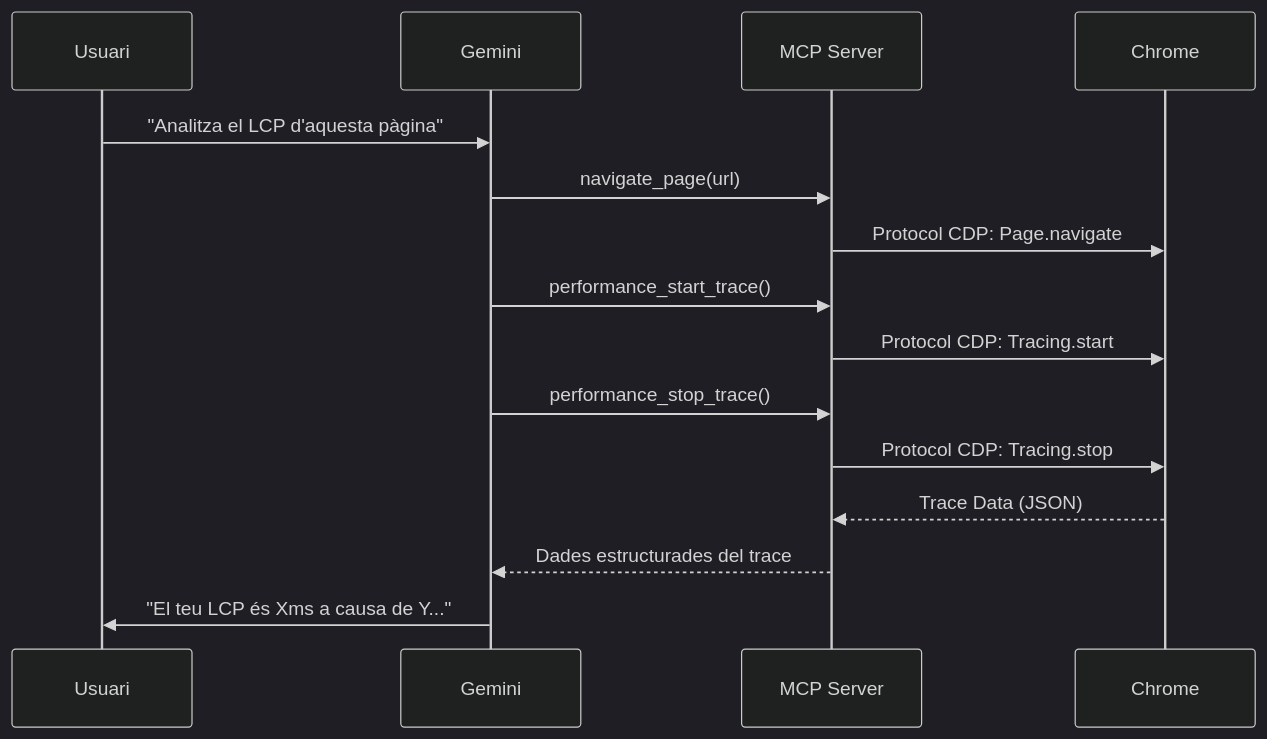
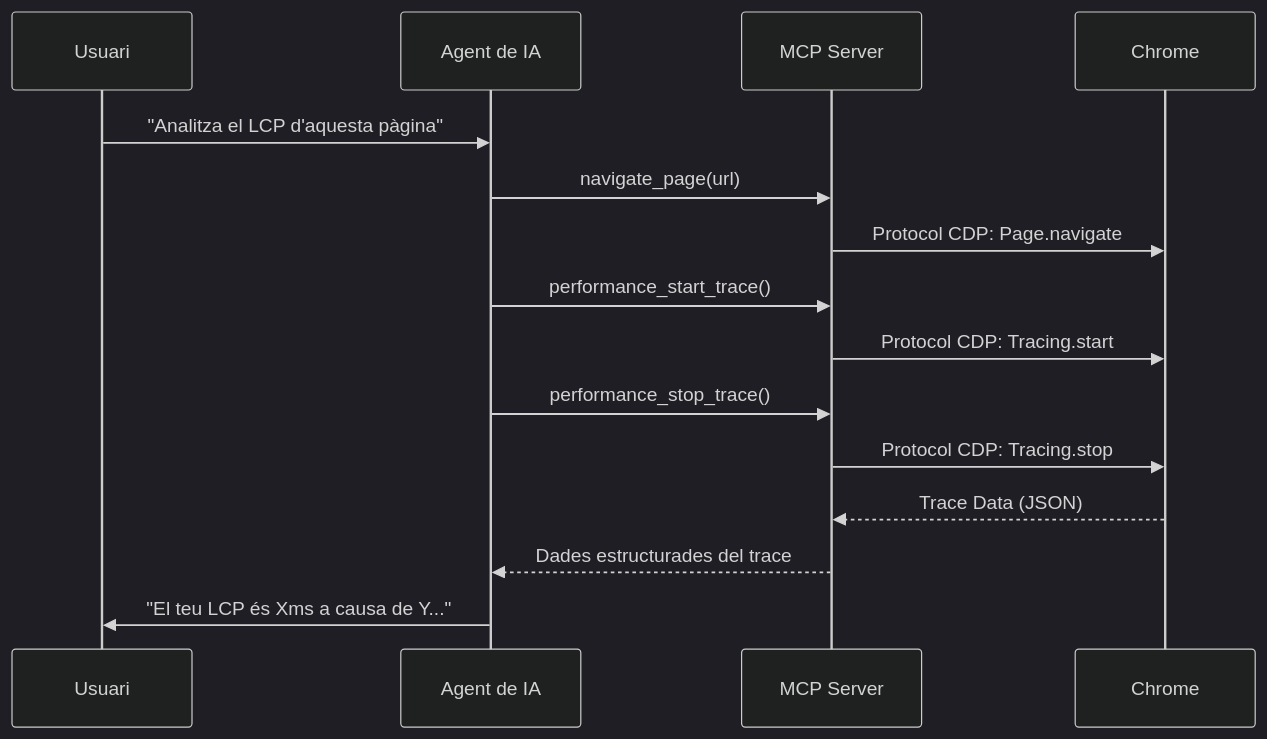
One commit to nucliweb/webperf-debugging-devtools-mcp changed the diagram in docs/anatomy-mcp.cat.md. Above: the diagram before and after it, drawn with Mermaid (dark theme). The commit also changed other lines of this file and 38 other files, not shown here.

````diff
--- a/docs/anatomy-mcp.cat.md
+++ b/docs/anatomy-mcp.cat.md
@@ -40,18 +40,18 @@
 ```mermaid
 sequenceDiagram
     participant U as Usuari
-    participant G as Gemini
+    participant A as Agent de IA
     participant M as MCP Server
     participant C as Chrome
 
-    U->>G: "Analitza el LCP d'aquesta pàgina"
-    G->>M: navigate_page(url)
+    U->>A: "Analitza el LCP d'aquesta pàgina"
+    A->>M: navigate_page(url)
     M->>C: Protocol CDP: Page.navigate
-    G->>M: performance_start_trace()
+    A->>M: performance_start_trace()
     M->>C: Protocol CDP: Tracing.start
-    G->>M: performance_stop_trace()
+    A->>M: performance_stop_trace()
     M->>C: Protocol CDP: Tracing.stop
     C-->>M: Trace Data (JSON)
-    M-->>G: Dades estructurades del trace
-    G->>U: "El teu LCP és Xms a causa de Y..."
+    M-->>A: Dades estructurades del trace
+    A->>U: "El teu LCP és Xms a causa de Y..."
 ```
````
